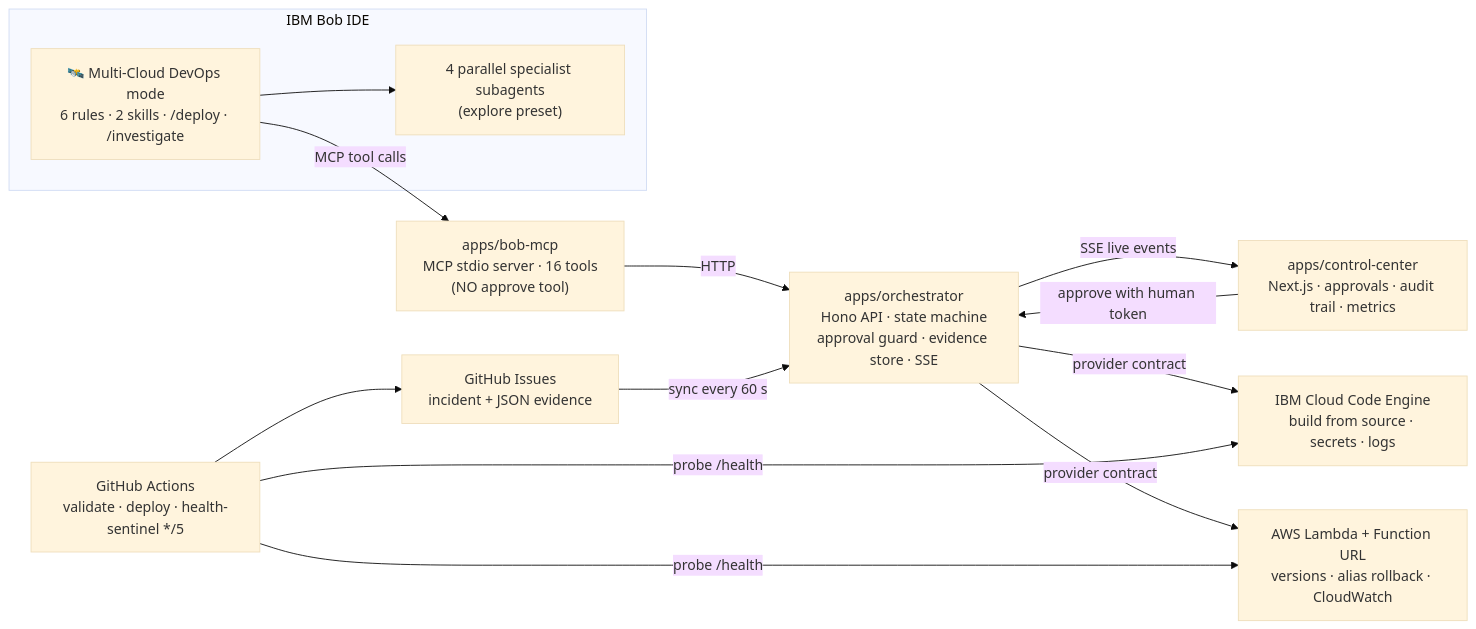
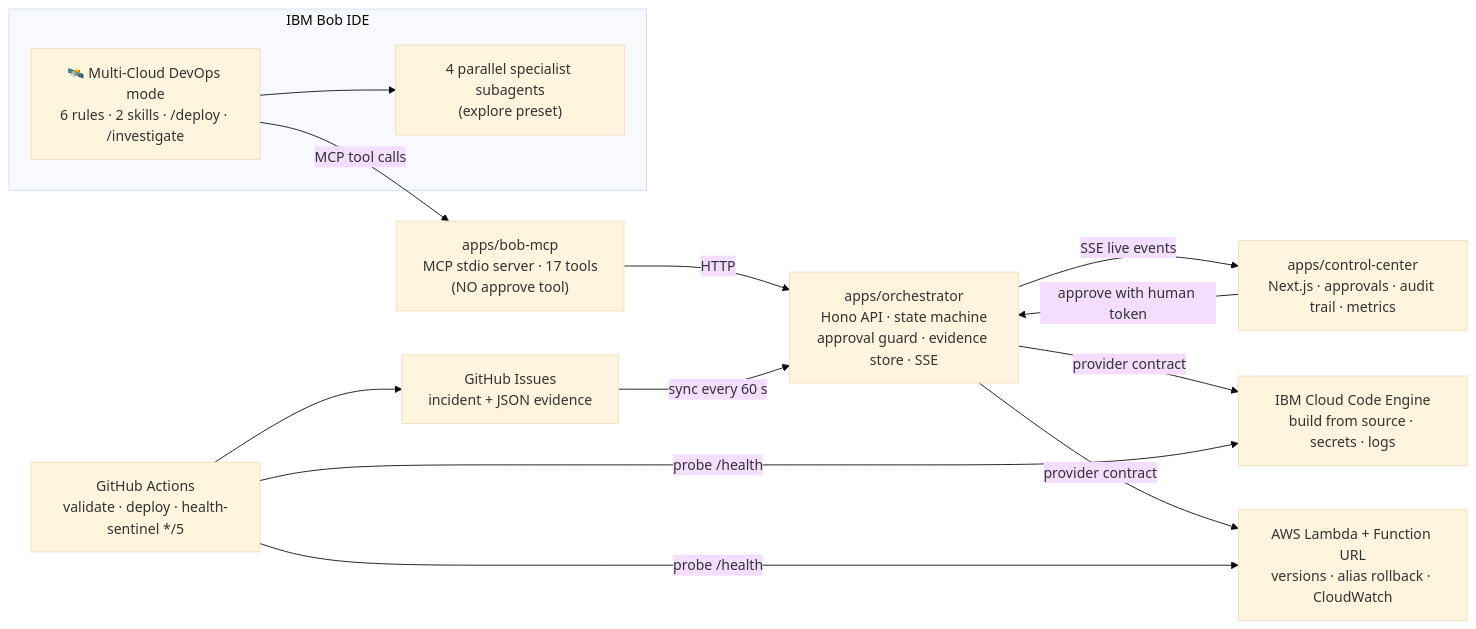
The first of 3 diagrams in docs/plan/00-MASTER-PLAN.md (yashchandnani07/AXIS---Agentic-eXecution-Infrastructure-as-a-Service), drawn with Mermaid (base theme) before and after one commit. The commit also changed other lines of this file and 7 other files, not shown here.

````diff
--- a/docs/plan/00-MASTER-PLAN.md
+++ b/docs/plan/00-MASTER-PLAN.md
@@ -104,25 +104,25 @@
 ```mermaid
 flowchart LR
   subgraph IDE["IBM Bob IDE"]
     MODE["🛰️ Multi-Cloud DevOps mode<br/>6 rules · 2 skills · /deploy · /investigate"]
     SUB["4 parallel specialist subagents<br/>(explore preset)"]
   end
-  MCP["apps/bob-mcp<br/>MCP stdio server · 16 tools<br/>(NO approve tool)"]
+  MCP["apps/bob-mcp<br/>MCP stdio server · 17 tools<br/>(NO approve tool)"]
   ORCH["apps/orchestrator<br/>Hono API · state machine<br/>approval guard · evidence store · SSE"]
   UI["apps/control-center<br/>Next.js · approvals · audit trail · metrics"]
   IBM["IBM Cloud Code Engine<br/>build from source · secrets · logs"]
   AWS["AWS Lambda + Function URL<br/>versions · alias rollback · CloudWatch"]
   GHA["GitHub Actions<br/>validate · deploy · health-sentinel */5"]
   ISS["GitHub Issues<br/>incident + JSON evidence"]
   MODE --> SUB
   MODE -->|MCP tool calls| MCP
   MCP -->|HTTP| ORCH
   UI -->|approve with human token| ORCH
   ORCH -->|SSE live events| UI
   ORCH -->|provider contract| IBM
   ORCH -->|provider contract| AWS
   GHA -->|probe /health| IBM
   GHA -->|probe /health| AWS
   GHA --> ISS
   ISS -->|sync every 60 s| ORCH
 ```
````
